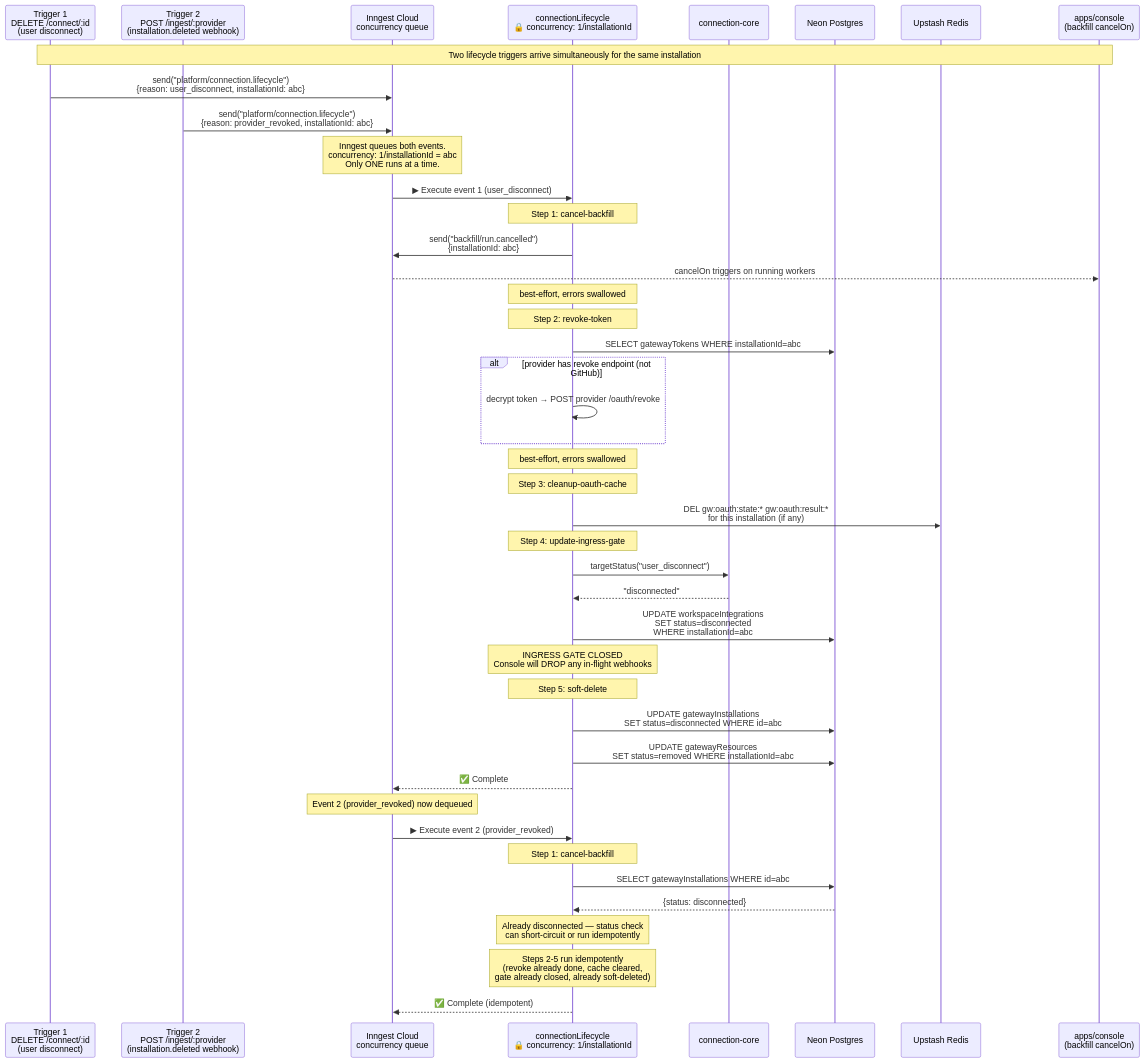
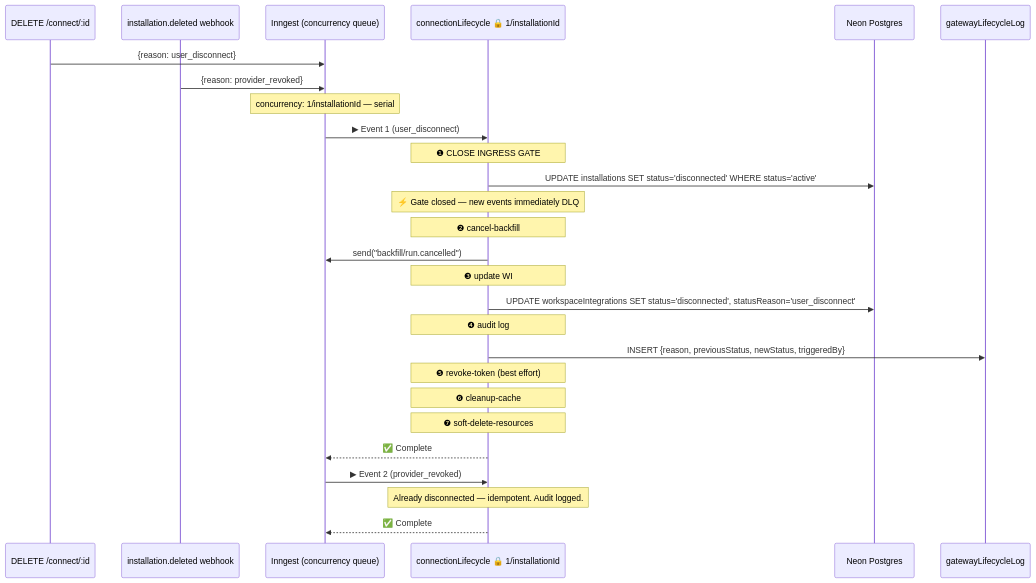
Before and after one commit to lightfastai/lightfast: the third of 8 diagrams in thoughts/shared/plans/2026-03-18-platform-architecture-redesign.md, drawn with Mermaid. The commit also changed other lines of this file, not shown here.

First line of the commit message:
docs(thoughts): rework platform architecture plan — gate-first, health-aware, zero-race

````diff
--- a/thoughts/shared/plans/2026-03-18-platform-architecture-redesign.md
+++ b/thoughts/shared/plans/2026-03-18-platform-architecture-redesign.md
@@ -249,60 +288,39 @@
 ```mermaid
 sequenceDiagram
-    participant T1 as Trigger 1<br/>DELETE /connect/:id<br/>(user disconnect)
-    participant T2 as Trigger 2<br/>POST /ingest/:provider<br/>(installation.deleted webhook)
-    participant INN as Inngest Cloud<br/>concurrency queue
-    participant FN as connectionLifecycle<br/>🔒 concurrency: 1/installationId
-    participant CORE as connection-core
+    participant T1 as DELETE /connect/:id
+    participant T2 as installation.deleted webhook
+    participant INN as Inngest (concurrency queue)
+    participant FN as connectionLifecycle 🔒 1/installationId
     participant DB as Neon Postgres
-    participant REDIS as Upstash Redis
-    participant CONSOLE as apps/console<br/>(backfill cancelOn)
+    participant LOG as gatewayLifecycleLog
 
-    Note over T1,CONSOLE: Two lifecycle triggers arrive simultaneously for the same installation
+    T1->>INN: {reason: user_disconnect}
+    T2->>INN: {reason: provider_revoked}
 
-    T1->>INN: send("platform/connection.lifecycle")<br/>{reason: user_disconnect, installationId: abc}
-    T2->>INN: send("platform/connection.lifecycle")<br/>{reason: provider_revoked, installationId: abc}
+    Note over INN: concurrency: 1/installationId — serial
 
-    Note over INN: Inngest queues both events.<br/>concurrency: 1/installationId = abc<br/>Only ONE runs at a time.
+    INN->>FN: ▶ Event 1 (user_disconnect)
 
-    INN->>FN: ▶ Execute event 1 (user_disconnect)
+    Note over FN: ❶ CLOSE INGRESS GATE
+    FN->>DB: UPDATE installations SET status='disconnected' WHERE status='active'
+    Note over FN: ⚡ Gate closed — new events immediately DLQ
 
-    Note over FN: Step 1: cancel-backfill
-    FN->>INN: send("backfill/run.cancelled")<br/>{installationId: abc}
-    INN-->>CONSOLE: cancelOn triggers on running workers
-    Note over FN: best-effort, errors swallowed
+    Note over FN: ❷ cancel-backfill
+    FN->>INN: send("backfill/run.cancelled")
 
-    Note over FN: Step 2: revoke-token
-    FN->>DB: SELECT gatewayTokens WHERE installationId=abc
-    alt provider has revoke endpoint (not GitHub)
-        FN->>FN: decrypt token → POST provider /oauth/revoke
-    end
-    Note over FN: best-effort, errors swallowed
+    Note over FN: ❸ update WI
+    FN->>DB: UPDATE workspaceIntegrations SET status='disconnected', statusReason='user_disconnect'
 
-    Note over FN: Step 3: cleanup-oauth-cache
-    FN->>REDIS: DEL gw:oauth:state:* gw:oauth:result:*<br/>for this installation (if any)
+    Note over FN: ❹ audit log
+    FN->>LOG: INSERT {reason, previousStatus, newStatus, triggeredBy}
 
-    Note over FN: Step 4: update-ingress-gate
-    FN->>CORE: targetStatus("user_disconnect")
-    CORE-->>FN: "disconnected"
-    FN->>DB: UPDATE workspaceIntegrations<br/>SET status=disconnected<br/>WHERE installationId=abc
-    Note over FN: INGRESS GATE CLOSED<br/>Console will DROP any in-flight webhooks
-
-    Note over FN: Step 5: soft-delete
-    FN->>DB: UPDATE gatewayInstallations<br/>SET status=disconnected WHERE id=abc
-    FN->>DB: UPDATE gatewayResources<br/>SET status=removed WHERE installationId=abc
+    Note over FN: ❺ revoke-token (best effort)
+    Note over FN: ❻ cleanup-cache
+    Note over FN: ❼ soft-delete-resources
 
     FN-->>INN: ✅ Complete
 
-    Note over INN: Event 2 (provider_revoked) now dequeued
-
-    INN->>FN: ▶ Execute event 2 (provider_revoked)
-
-    Note over FN: Step 1: cancel-backfill
-    FN->>DB: SELECT gatewayInstallations WHERE id=abc
-    DB-->>FN: {status: disconnected}
-    Note over FN: Already disconnected — status check<br/>can short-circuit or run idempotently
-
-    Note over FN: Steps 2-5 run idempotently<br/>(revoke already done, cache cleared,<br/>gate already closed, already soft-deleted)
-
-    FN-->>INN: ✅ Complete (idempotent)
+    INN->>FN: ▶ Event 2 (provider_revoked)
+    Note over FN: Already disconnected — idempotent. Audit logged.
+    FN-->>INN: ✅ Complete
 ```
````
